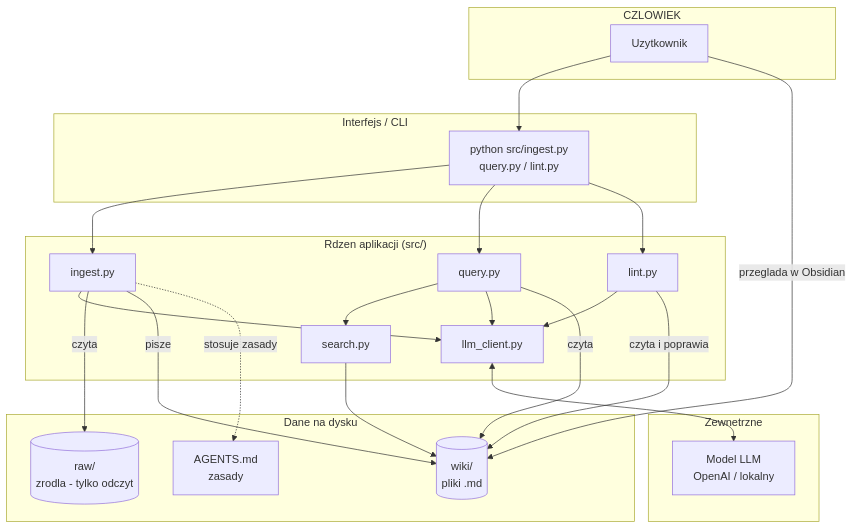
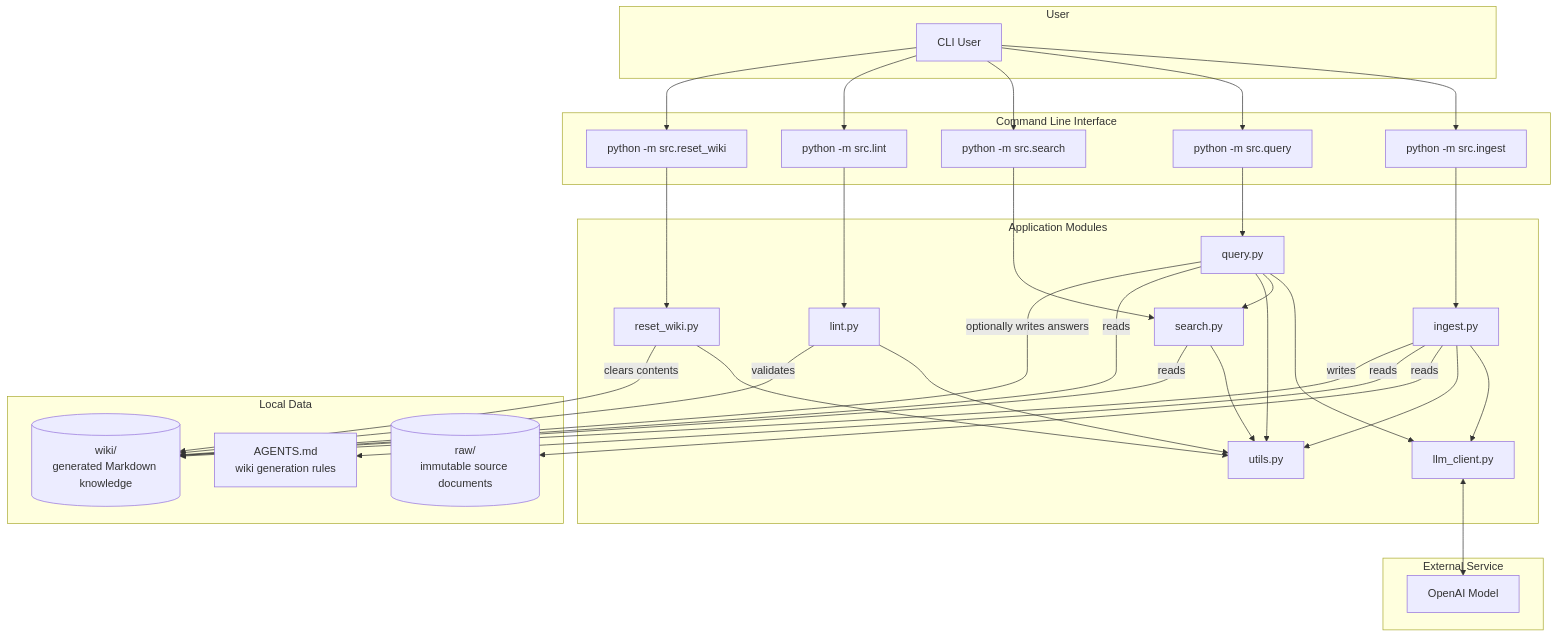
One commit to KamRoki/wiki-knowledge-base changed the diagram in README.md. Above: the diagram before and after it, drawn with Mermaid. The commit also changed other lines of this file, not shown here.

````diff
--- a/README.md
+++ b/README.md
@@ -20,43 +48,68 @@
 ```mermaid
 graph TB
-    subgraph HUMAN["CZLOWIEK"]
-        U[Uzytkownik]
+    subgraph USER["User"]
+        U[CLI User]
     end
 
-    subgraph CLI["Interfejs / CLI"]
-        CMD[python src/ingest.py<br/>query.py / lint.py]
+    subgraph CLI["Command Line Interface"]
+        INGEST_CMD[python -m src.ingest]
+        QUERY_CMD[python -m src.query]
+        SEARCH_CMD[python -m src.search]
+        LINT_CMD[python -m src.lint]
+        RESET_CMD[python -m src.reset_wiki]
     end
 
-    subgraph CORE["Rdzen aplikacji (src/)"]
+    subgraph CORE["Application Modules"]
         ING[ingest.py]
         QRY[query.py]
+        SRCH[search.py]
         LNT[lint.py]
-        SRCH[search.py]
+        RESET[reset_wiki.py]
         LLM[llm_client.py]
+        UTIL[utils.py]
     end
 
-    subgraph DATA["Dane na dysku"]
-        RAW[(raw/<br/>zrodla - tylko odczyt)]
-        WIKI[(wiki/<br/>pliki .md)]
-        SCHEMA[AGENTS.md<br/>zasady]
+    subgraph DATA["Local Data"]
+        RAW[(raw/<br/>immutable source documents)]
+        WIKI[(wiki/<br/>generated Markdown knowledge)]
+        RULES[AGENTS.md<br/>wiki generation rules]
     end
 
-    subgraph EXT["Zewnetrzne"]
-        MODEL[Model LLM<br/>OpenAI / lokalny]
+    subgraph EXTERNAL["External Service"]
+        MODEL[OpenAI Model]
     end
 
-    U --> CMD
-    CMD --> ING & QRY & LNT
+    U --> INGEST_CMD
+    U --> QUERY_CMD
+    U --> SEARCH_CMD
+    U --> LINT_CMD
+    U --> RESET_CMD
+
+    INGEST_CMD --> ING
+    QUERY_CMD --> QRY
+    SEARCH_CMD --> SRCH
+    LINT_CMD --> LNT
+    RESET_CMD --> RESET
+
     ING --> LLM
+    QRY --> LLM
     QRY --> SRCH
-    QRY --> LLM
-    LNT --> LLM
-    SRCH --> WIKI
+
+    ING --> UTIL
+    QRY --> UTIL
+    SRCH --> UTIL
+    LNT --> UTIL
+    RESET --> UTIL
+
     LLM <--> MODEL
-    ING -->|czyta| RAW
-    ING -->|pisze| WIKI
-    ING -.->|stosuje zasady| SCHEMA
-    QRY -->|czyta| WIKI
-    LNT -->|czyta i poprawia| WIKI
-    U -->|przeglada w Obsidian| WIKI
+
+    ING -->|reads| RAW
+    ING -->|reads| RULES
+    ING -->|writes| WIKI
+
+    SRCH -->|reads| WIKI
+    QRY -->|reads| WIKI
+    QRY -->|optionally writes answers| WIKI
+    LNT -->|validates| WIKI
+    RESET -->|clears contents| WIKI
 ```
````
